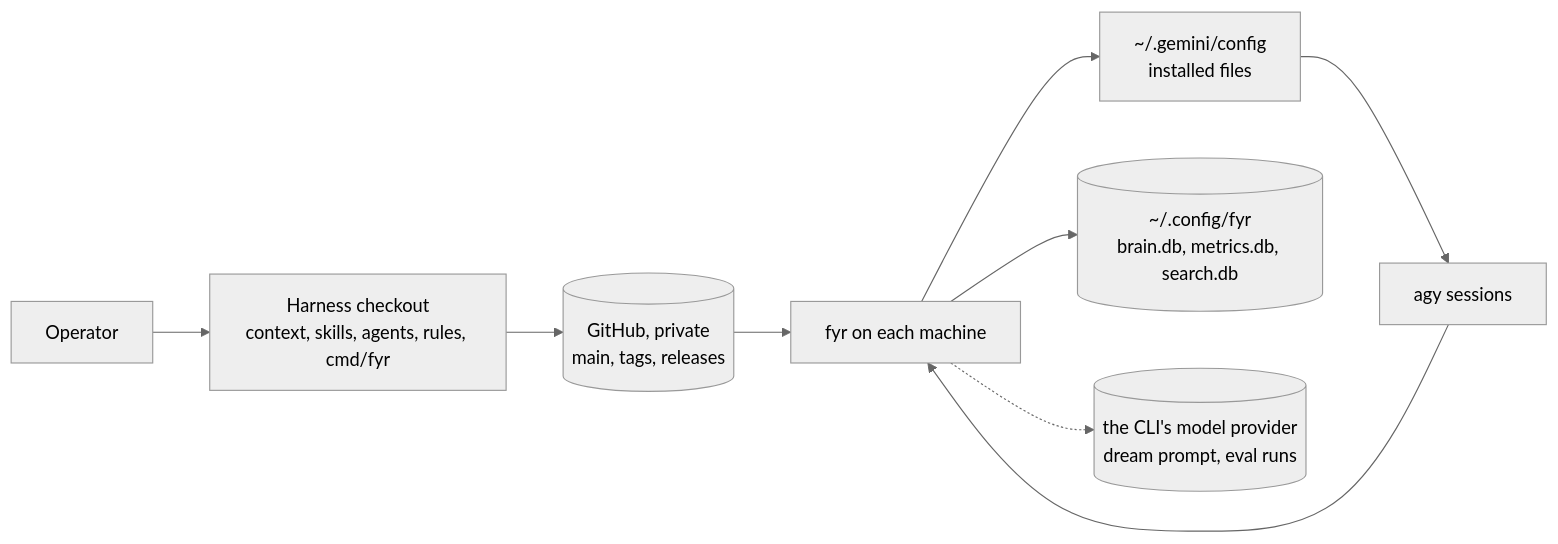
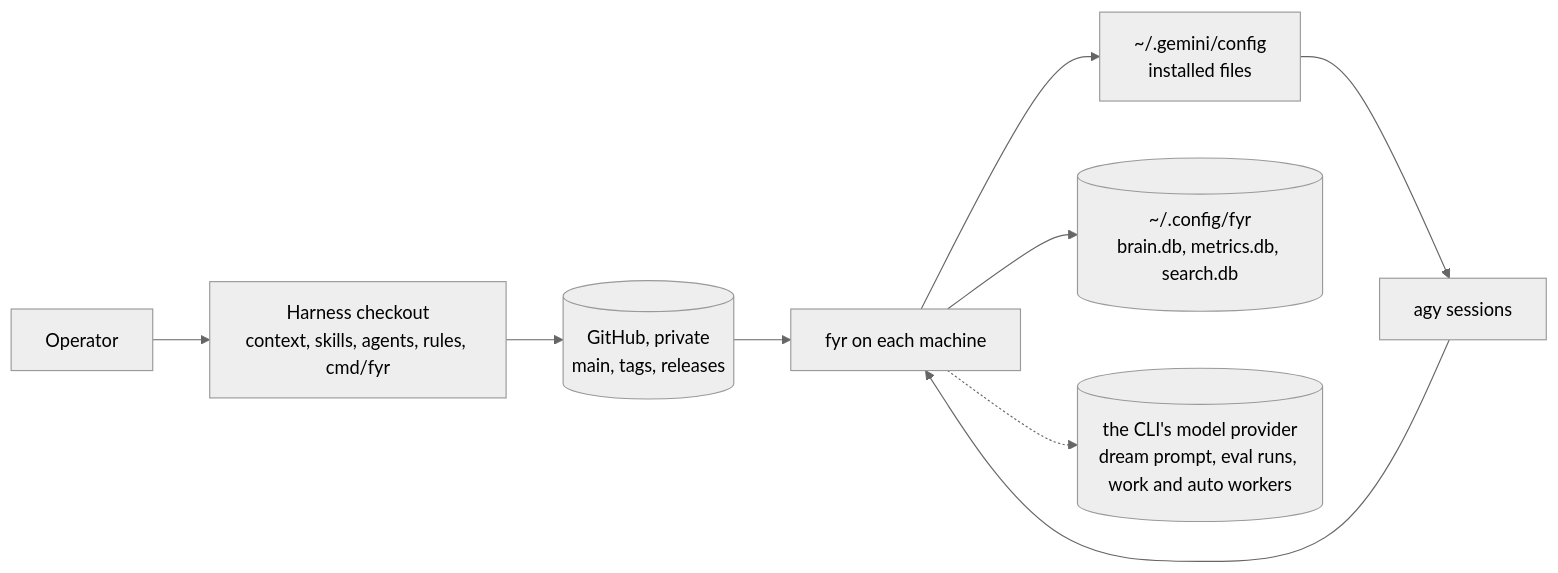
Before and after one commit to kesokaj/fyr: the first of 5 diagrams in SDD.md, drawn with Mermaid (neutral theme). The commit also changed other lines of this file and 22 other files, not shown here.

````diff
--- a/SDD.md
+++ b/SDD.md
@@ -14,11 +14,11 @@
 ```mermaid
 flowchart LR
   operator["Operator"] --> checkout["Harness checkout<br/>context, skills, agents, rules, cmd/fyr"]
   checkout --> github[("GitHub, private<br/>main, tags, releases")]
   github --> fyr["fyr on each machine"]
   fyr --> gemini["~/.gemini/config<br/>installed files"]
   gemini --> agy["agy sessions"]
   agy --> fyr
   fyr --> state[("~/.config/fyr<br/>brain.db, metrics.db, search.db")]
-  fyr -.-> provider[("the CLI's model provider<br/>dream prompt, eval runs")]
+  fyr -.-> provider[("the CLI's model provider<br/>dream prompt, eval runs, work and auto workers")]
 ```
````
